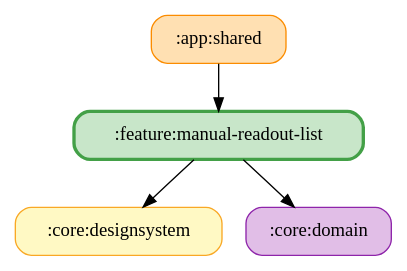
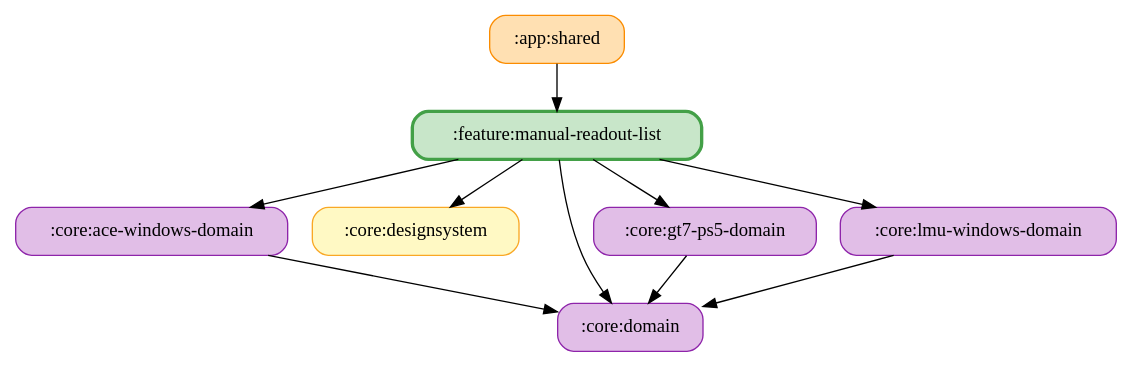
Before and after one commit to ai-kurou/KoDriver: the diagram in docs/graphs/feature-manual-readout-list.gv, drawn with Graphviz. The commit also changed 9 other files, not shown here.

Commit message:
chore: update module graph images

```diff
--- a/docs/graphs/feature-manual-readout-list.gv
+++ b/docs/graphs/feature-manual-readout-list.gv
@@ -1,11 +1,20 @@
 digraph G {
   rankdir=TB
   node [shape=box, style="rounded,filled"]
   ":app:shared" [fillcolor="#FFE0B2", color="#FB8C00", penwidth=1]
+  ":core:ace-windows-domain" [fillcolor="#E1BEE7", color="#8E24AA", penwidth=1]
   ":core:designsystem" [fillcolor="#FFF9C4", color="#F9A825", penwidth=1]
   ":core:domain" [fillcolor="#E1BEE7", color="#8E24AA", penwidth=1]
+  ":core:gt7-ps5-domain" [fillcolor="#E1BEE7", color="#8E24AA", penwidth=1]
+  ":core:lmu-windows-domain" [fillcolor="#E1BEE7", color="#8E24AA", penwidth=1]
   ":feature:manual-readout-list" [fillcolor="#C8E6C9", color="#43A047", penwidth=2.5]
   ":app:shared" -> ":feature:manual-readout-list"
+  ":core:ace-windows-domain" -> ":core:domain"
+  ":core:gt7-ps5-domain" -> ":core:domain"
+  ":core:lmu-windows-domain" -> ":core:domain"
   ":feature:manual-readout-list" -> ":core:domain"
+  ":feature:manual-readout-list" -> ":core:gt7-ps5-domain"
+  ":feature:manual-readout-list" -> ":core:ace-windows-domain"
+  ":feature:manual-readout-list" -> ":core:lmu-windows-domain"
   ":feature:manual-readout-list" -> ":core:designsystem"
 }
```
